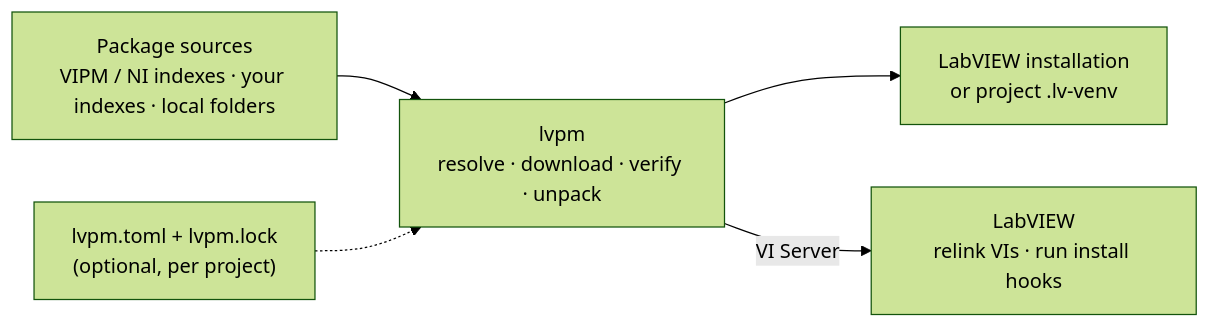
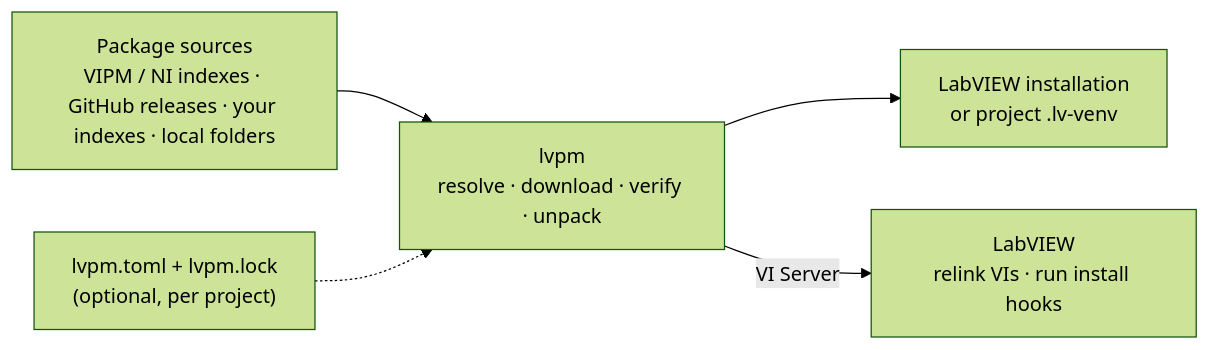
Before and after one commit to ThatsTheEnd/lvpm: the diagram in README.md, drawn with Mermaid (forest theme). The commit also changed other lines of this file and 61 other files, not shown here.

First line of the commit message:
feat(s4): GitHub Releases as a feed (#98)

````diff
--- a/README.md
+++ b/README.md
@@ -29,7 +29,7 @@
 ```mermaid
 flowchart LR
-  S["Package sources<br/>VIPM / NI indexes · your indexes · local folders"] --> L["lvpm<br/>resolve · download · verify · unpack"]
+  S["Package sources<br/>VIPM / NI indexes · GitHub releases · your indexes · local folders"] --> L["lvpm<br/>resolve · download · verify · unpack"]
   P["lvpm.toml + lvpm.lock<br/>(optional, per project)"] -.-> L
   L --> T["LabVIEW installation<br/>or project .lv-venv"]
   L -- "VI Server" --> LV["LabVIEW<br/>relink VIs · run install hooks"]
 ```
````
